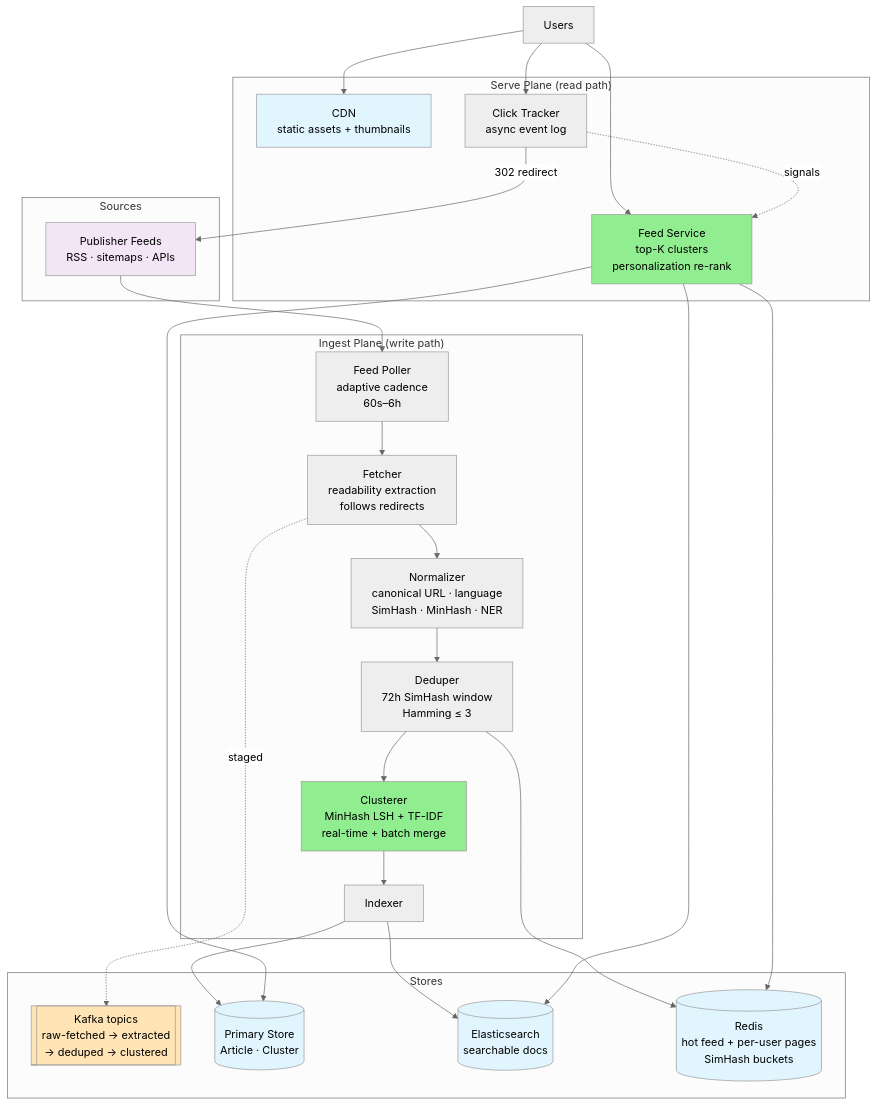
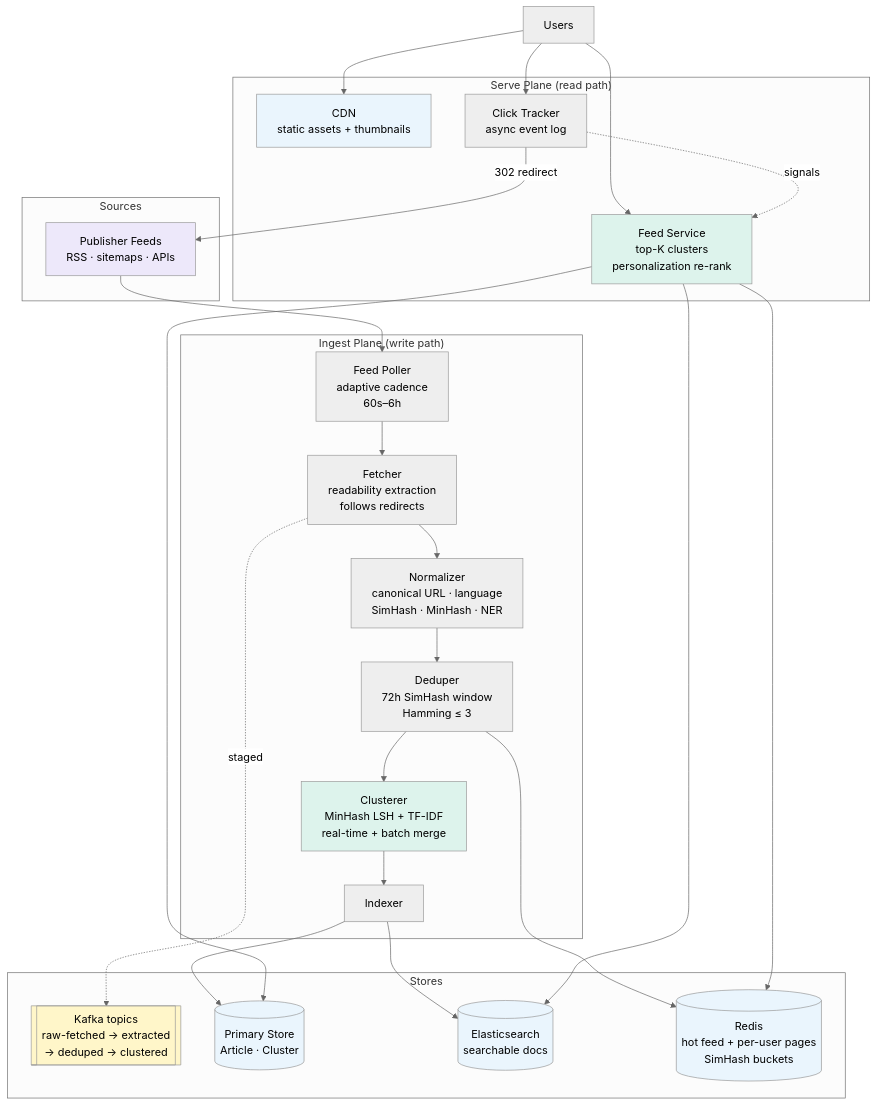
Before and after one commit to cartmancodes/InterviewVault: the first of 7 diagrams in LLD/questions/Design News Aggregator.md, drawn with Mermaid (neutral theme). The commit also changed other lines of this file and 679 other files, not shown here.

Commit message:
Unify content diagrams and add accessible visual walkthroughs

````diff
--- a/LLD/questions/Design News Aggregator.md
+++ b/LLD/questions/Design News Aggregator.md
@@ -111,54 +111,54 @@
 ```mermaid
 graph TB
     subgraph Sources
         PUB[Publisher Feeds<br/>RSS · sitemaps · APIs]
     end
 
     subgraph "Ingest Plane (write path)"
         FP[Feed Poller<br/>adaptive cadence<br/>60s–6h]
         FT[Fetcher<br/>readability extraction<br/>follows redirects]
         NORM[Normalizer<br/>canonical URL · language<br/>SimHash · MinHash · NER]
         DEDUP[Deduper<br/>72h SimHash window<br/>Hamming ≤ 3]
         CLUS[Clusterer<br/>MinHash LSH + TF-IDF<br/>real-time + batch merge]
         IDX[Indexer]
     end
 
     subgraph Stores
         KAFKA[[Kafka topics<br/>raw-fetched → extracted<br/>→ deduped → clustered]]
         DB[(Primary Store<br/>Article · Cluster)]
         ES[(Elasticsearch<br/>searchable docs)]
         REDIS[(Redis<br/>hot feed + per-user pages<br/>SimHash buckets)]
     end
 
     subgraph "Serve Plane (read path)"
         FEED[Feed Service<br/>top-K clusters<br/>personalization re-rank]
         CDN[CDN<br/>static assets + thumbnails]
         CLICK[Click Tracker<br/>async event log]
     end
 
     U[Users]
 
     PUB --> FP
     FP --> FT --> NORM --> DEDUP --> CLUS --> IDX
     FT -.staged.-> KAFKA
     IDX --> DB
     IDX --> ES
     DEDUP --> REDIS
     U --> FEED
     FEED --> REDIS
     FEED --> DB
     FEED --> ES
     U --> CDN
     U --> CLICK
     CLICK -->|302 redirect| PUB
     CLICK -.signals.-> FEED
 
-    style PUB fill:#f3e5f5
-    style KAFKA fill:#FFE4B5
-    style DB fill:#e1f5ff
-    style ES fill:#e1f5ff
-    style REDIS fill:#e1f5ff
-    style CDN fill:#e1f5ff
-    style CLUS fill:#90EE90
-    style FEED fill:#90EE90
+    style PUB fill:#EDE8FA
+    style KAFKA fill:#FFF6C9
+    style DB fill:#EAF5FD
+    style ES fill:#EAF5FD
+    style REDIS fill:#EAF5FD
+    style CDN fill:#EAF5FD
+    style CLUS fill:#DDF3EC
+    style FEED fill:#DDF3EC
 ```
````
